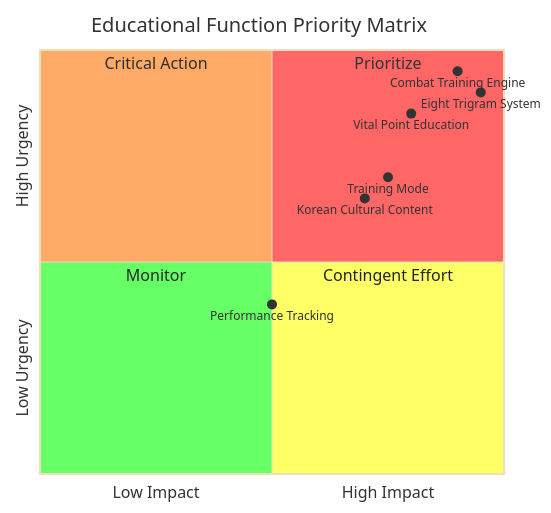
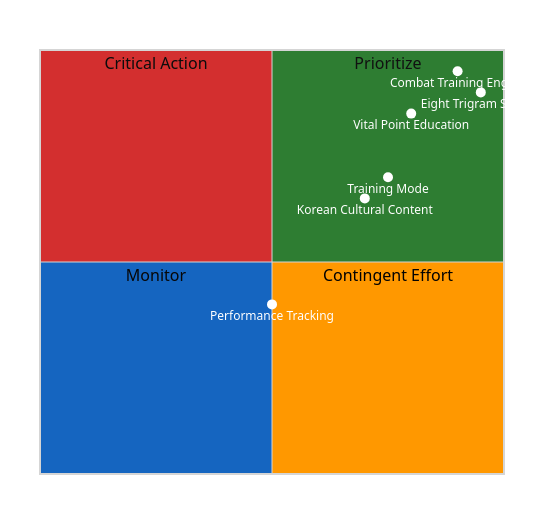
Before and after one commit to Hack23/blacktrigram: the fifth of 7 diagrams in BCPPlan.md, drawn with Mermaid. The commit also changed other lines of this file and 20 other files, not shown here.

First line of the commit message:
fix: add theme init directives to all 215 mermaid blocks and fix dark/light mode colors

````diff
--- a/BCPPlan.md
+++ b/BCPPlan.md
@@ -338,27 +338,30 @@
 ```mermaid
-%%{
-  init: {
-    'theme': 'base',
-    'themeVariables': {
-      'quadrant1Fill': '#ff6666',
-      'quadrant2Fill': '#ffaa66',
-      'quadrant3Fill': '#66ff66',
-      'quadrant4Fill': '#ffff66'
-    }
+%%{init: {
+  "theme": "neutral",
+  "themeVariables": {
+    "quadrant1Fill": "#2E7D32",
+    "quadrant2Fill": "#D32F2F",
+    "quadrant3Fill": "#1565C0",
+    "quadrant4Fill": "#FF9800",
+    "quadrantTitleFill": "#ffffff",
+    "quadrantPointFill": "#ffffff",
+    "quadrantPointTextFill": "#ffffff",
+    "quadrantXAxisTextFill": "#ffffff",
+    "quadrantYAxisTextFill": "#ffffff"
   }
-}%%
+}}%%
 quadrantChart
     title Educational Function Priority Matrix
     x-axis Low Impact --> High Impact
     y-axis Low Urgency --> High Urgency
     quadrant-1 "Prioritize"
     quadrant-2 "Critical Action"
     quadrant-3 "Monitor"
     quadrant-4 "Contingent Effort"
     "Combat Training Engine": [0.9, 0.95]
     "Eight Trigram System": [0.95, 0.9]
     "Vital Point Education": [0.8, 0.85]
     "Korean Cultural Content": [0.7, 0.65]
     "Training Mode": [0.75, 0.7]
     "Performance Tracking": [0.5, 0.4]
 ```
````
